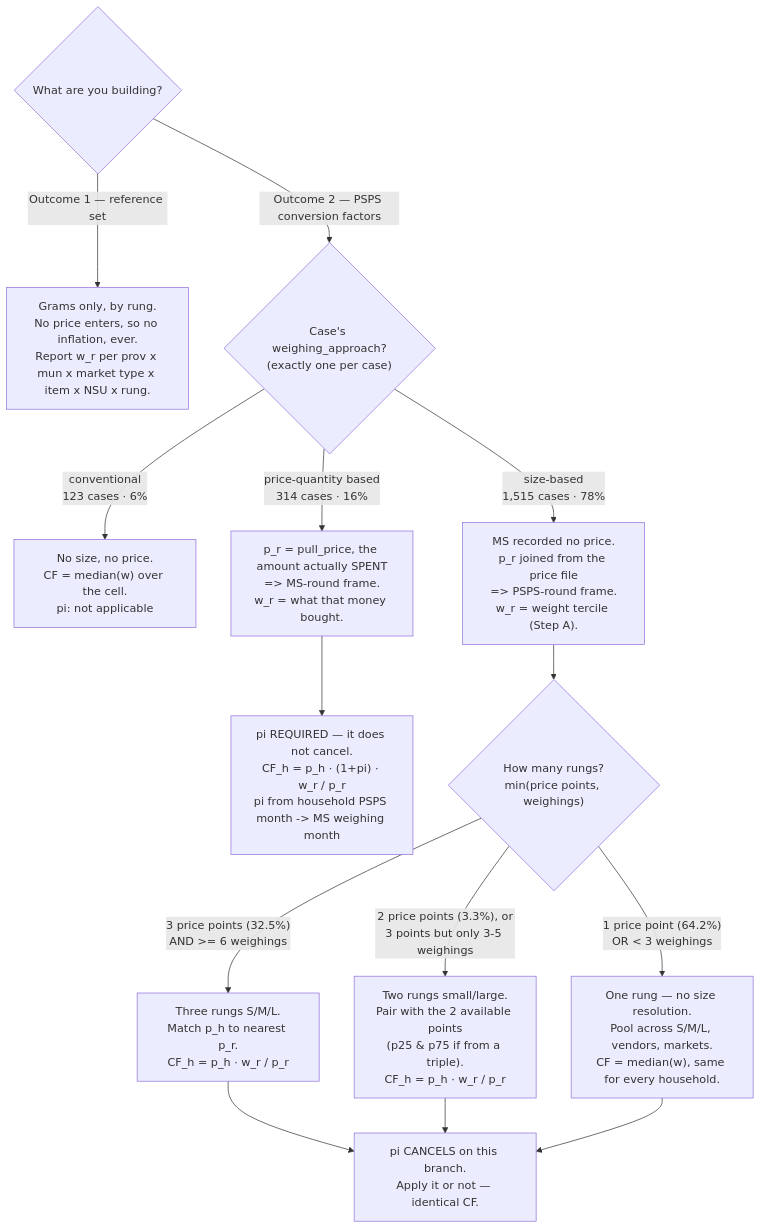
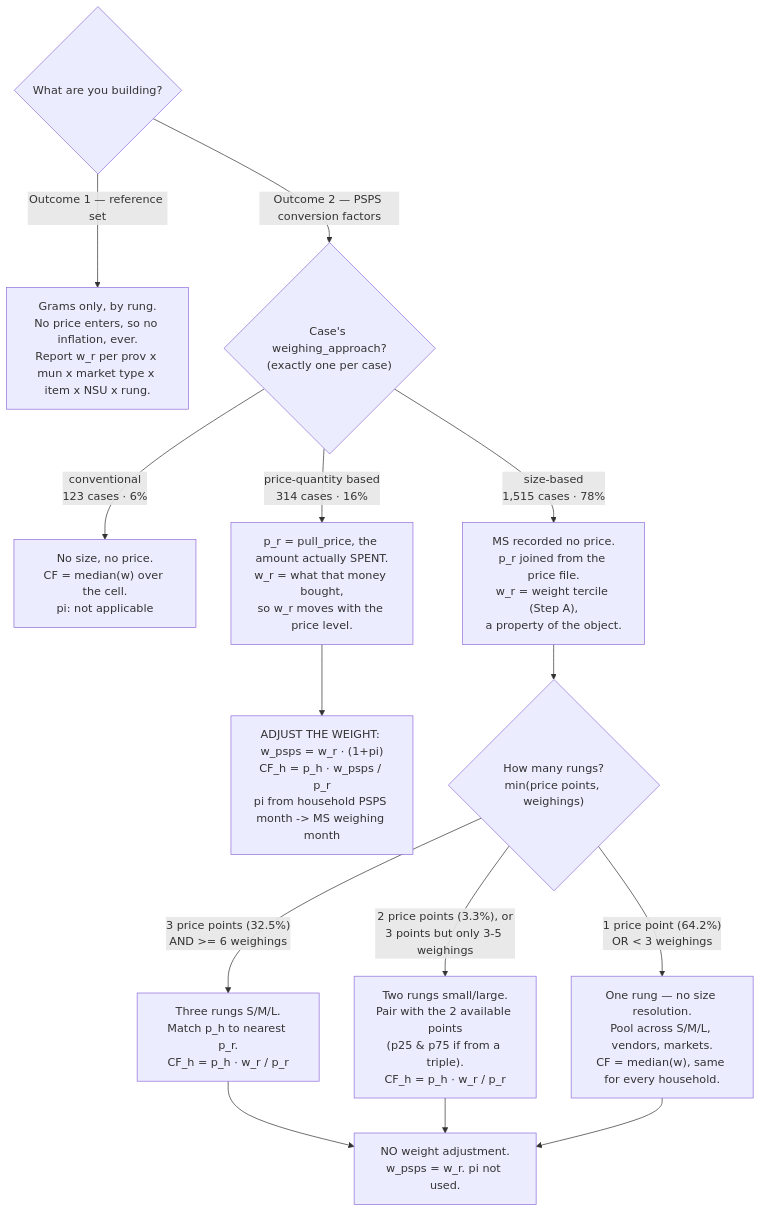
The diagram in docs/conversion_factor_methodology.md (Shineyang03/nsu-market-survey-cleaning), drawn with Mermaid before and after one commit. The commit also changed other lines of this file, not shown here.

````diff
--- a/docs/conversion_factor_methodology.md
+++ b/docs/conversion_factor_methodology.md
@@ -29,22 +29,22 @@
 ```mermaid
 flowchart TD
     G{"What are you building?"}
     G -->|"Outcome 1 — reference set"| O1["Grams only, by rung.<br/>No price enters, so no inflation, ever.<br/>Report w_r per prov x mun x market type x item x NSU x rung."]
     G -->|"Outcome 2 — PSPS conversion factors"| WA{"Case's weighing_approach?<br/>(exactly one per case)"}
 
     WA -->|"conventional<br/>123 cases · 6%"| C1["No size, no price.<br/>CF = median(w) over the cell.<br/>pi: not applicable"]
 
-    WA -->|"price-quantity based<br/>314 cases · 16%"| P1["p_r = pull_price, the amount actually SPENT<br/>=> MS-round frame.<br/>w_r = what that money bought."]
-    P1 --> P2["pi REQUIRED — it does not cancel.<br/>CF_h = p_h · (1+pi) · w_r / p_r<br/>pi from household PSPS month -> MS weighing month"]
+    WA -->|"price-quantity based<br/>314 cases · 16%"| P1["p_r = pull_price, the amount actually SPENT.<br/>w_r = what that money bought,<br/>so w_r moves with the price level."]
+    P1 --> P2["ADJUST THE WEIGHT: w_psps = w_r · (1+pi)<br/>CF_h = p_h · w_psps / p_r<br/>pi from household PSPS month -> MS weighing month"]
 
-    WA -->|"size-based<br/>1,515 cases · 78%"| S1["MS recorded no price.<br/>p_r joined from the price file<br/>=> PSPS-round frame.<br/>w_r = weight tercile (Step A)."]
+    WA -->|"size-based<br/>1,515 cases · 78%"| S1["MS recorded no price.<br/>p_r joined from the price file.<br/>w_r = weight tercile (Step A),<br/>a property of the object."]
     S1 --> S2{"How many rungs?<br/>min(price points, weighings)"}
 
     S2 -->|"3 price points (32.5%)<br/>AND >= 6 weighings"| R3["Three rungs S/M/L.<br/>Match p_h to nearest p_r.<br/>CF_h = p_h · w_r / p_r"]
     S2 -->|"2 price points (3.3%), or<br/>3 points but only 3-5 weighings"| R2["Two rungs small/large.<br/>Pair with the 2 available points<br/>(p25 & p75 if from a triple).<br/>CF_h = p_h · w_r / p_r"]
     S2 -->|"1 price point (64.2%)<br/>OR < 3 weighings"| R1["One rung — no size resolution.<br/>Pool across S/M/L, vendors, markets.<br/>CF = median(w), same for every household."]
 
-    R3 --> PI["pi CANCELS on this branch.<br/>Apply it or not — identical CF."]
+    R3 --> PI["NO weight adjustment.<br/>w_psps = w_r. pi not used."]
     R2 --> PI
     R1 --> PI
 ```
````
